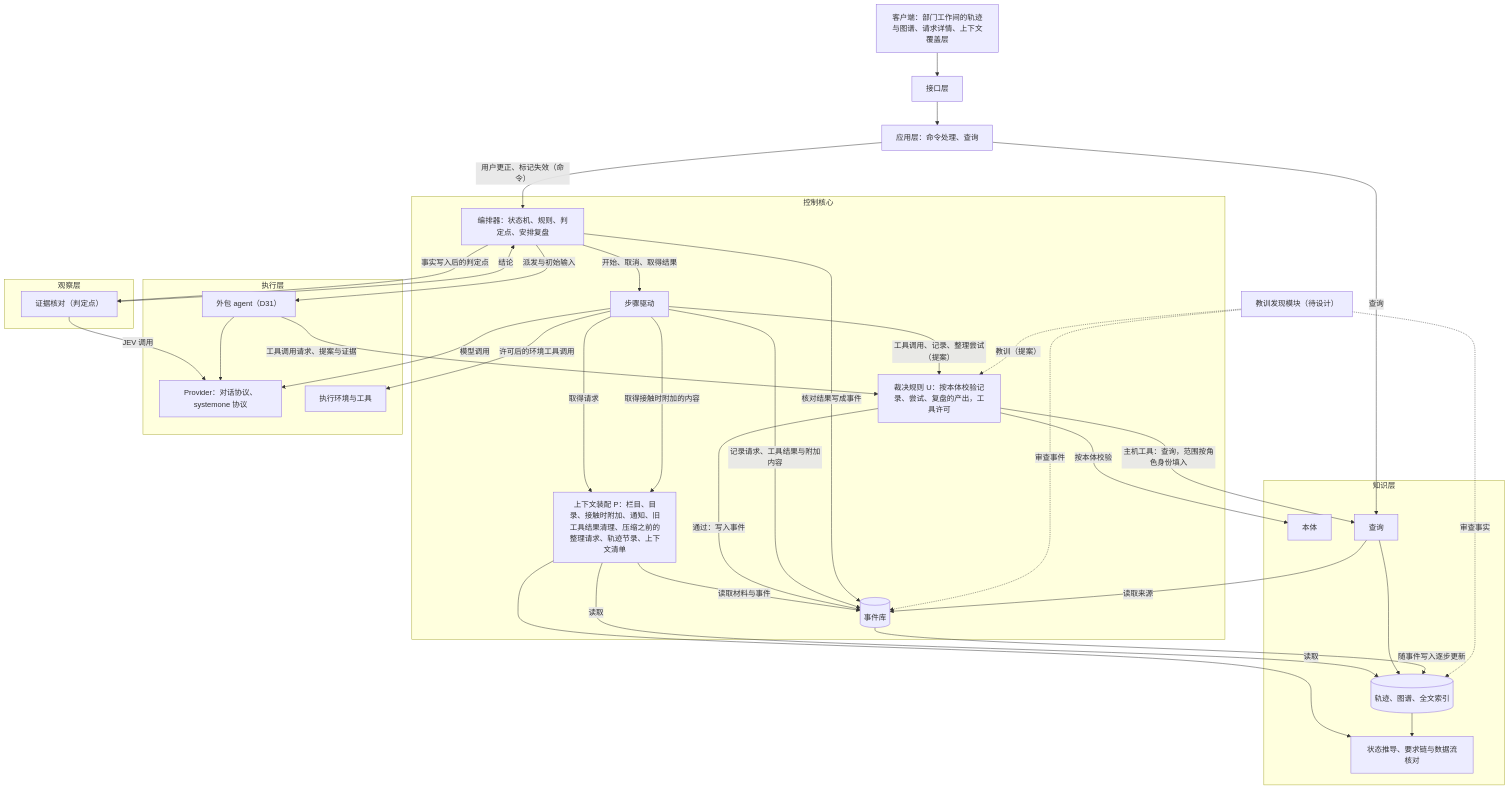
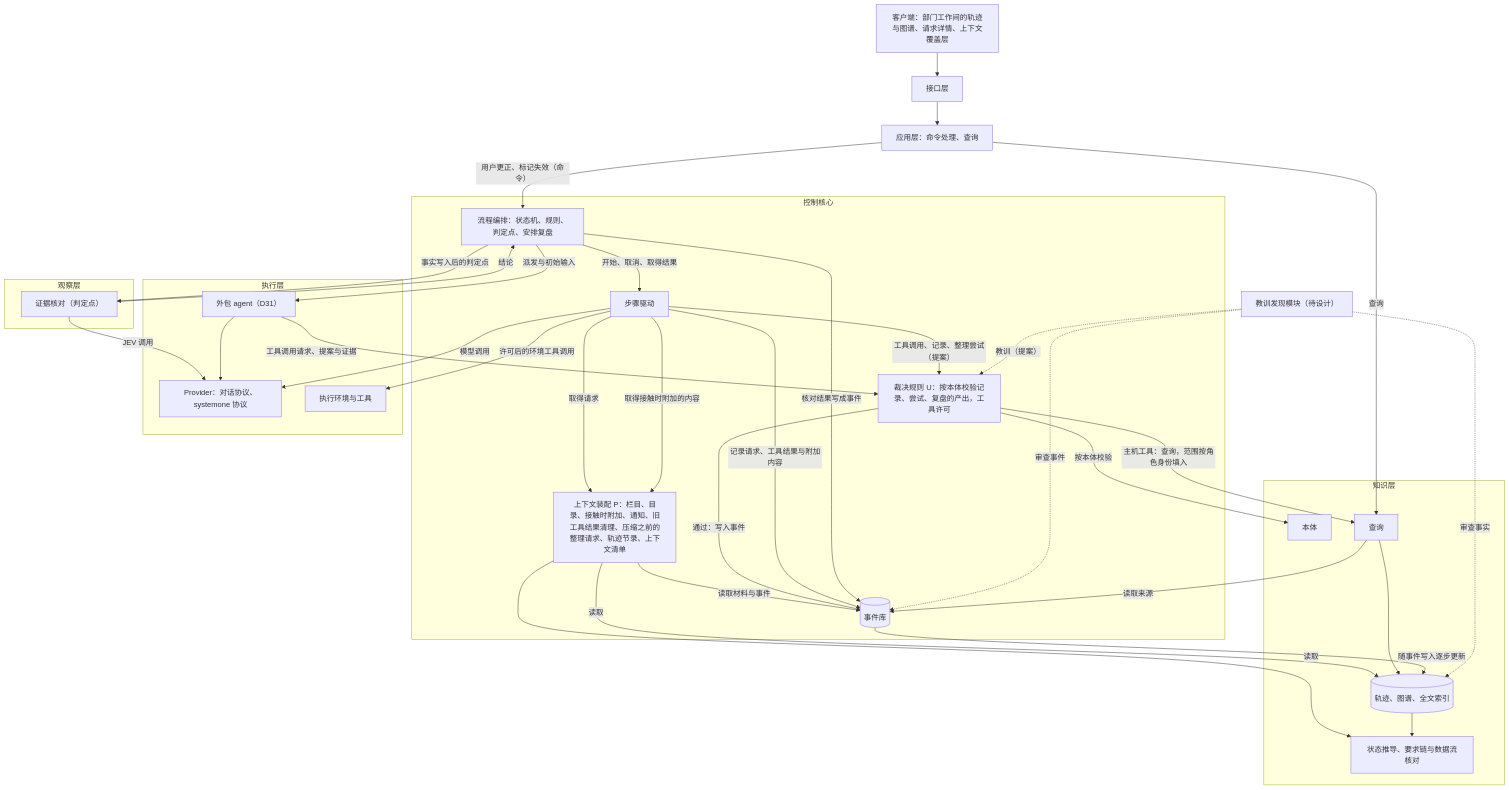
Before and after one commit to bender2333/yudao: the second of 5 diagrams in docs/design/semantic-system.md, drawn with Mermaid. The commit also changed other lines of this file and 183 other files, not shown here.

````diff
--- a/docs/design/semantic-system.md
+++ b/docs/design/semantic-system.md
@@ -92,58 +92,58 @@
 ```mermaid
 flowchart TB
   Client["客户端：部门工作间的轨迹与图谱、请求详情、上下文覆盖层"]
   Api["接口层"]
   App["应用层：命令处理、查询"]
   subgraph Core["控制核心"]
-    Orch["编排器：状态机、规则、判定点、安排复盘"]
+    Orch["流程编排：状态机、规则、判定点、安排复盘"]
     Driver["步骤驱动"]
     P["上下文装配 P：栏目、目录、接触时附加、通知、旧工具结果清理、压缩之前的整理请求、轨迹节录、上下文清单"]
     U["裁决规则 U：按本体校验记录、尝试、复盘的产出，工具许可"]
     ES[("事件库")]
   end
   subgraph Know["知识层"]
     Onto["本体"]
     Proj[("轨迹、图谱、全文索引")]
     Derive["状态推导、要求链与数据流核对"]
     Query["查询"]
   end
   subgraph Observe["观察层"]
     Verify["证据核对（判定点）"]
   end
   subgraph Exec["执行层"]
     Prov["Provider：对话协议、systemone 协议"]
     Env["执行环境与工具"]
     Out["外包 agent（D31）"]
   end
   Lesson["教训发现模块（待设计）"]
   Client --> Api --> App
   App -->|"用户更正、标记失效（命令）"| Orch
   App -->|"查询"| Query
   Orch -->|"开始、取消、取得结果"| Driver
   Driver -->|"取得请求"| P
   P -->|"读取"| Proj
   P -->|"读取"| Derive
   P -->|"读取材料与事件"| ES
   Driver -->|"模型调用"| Prov
   Driver -->|"工具调用、记录、整理尝试（提案）"| U
   U -->|"按本体校验"| Onto
   U -->|"通过：写入事件"| ES
   U -->|"主机工具：查询，范围按角色身份填入"| Query
   Driver -->|"许可后的环境工具调用"| Env
   Driver -->|"取得接触时附加的内容"| P
   Driver -->|"记录请求、工具结果与附加内容"| ES
   Query --> Proj
   Query -->|"读取来源"| ES
   ES -->|"随事件写入逐步更新"| Proj
   Proj --> Derive
   Orch -->|"事实写入后的判定点"| Verify
   Verify -->|"JEV 调用"| Prov
   Verify -->|"结论"| Orch
   Orch -->|"核对结果写成事件"| ES
   Orch -->|"派发与初始输入"| Out
   Out -->|"工具调用请求、提案与证据"| U
   Out --> Prov
   Lesson -.->|"审查事件"| ES
   Lesson -.->|"审查事实"| Proj
   Lesson -.->|"教训（提案）"| U
 ```
````
